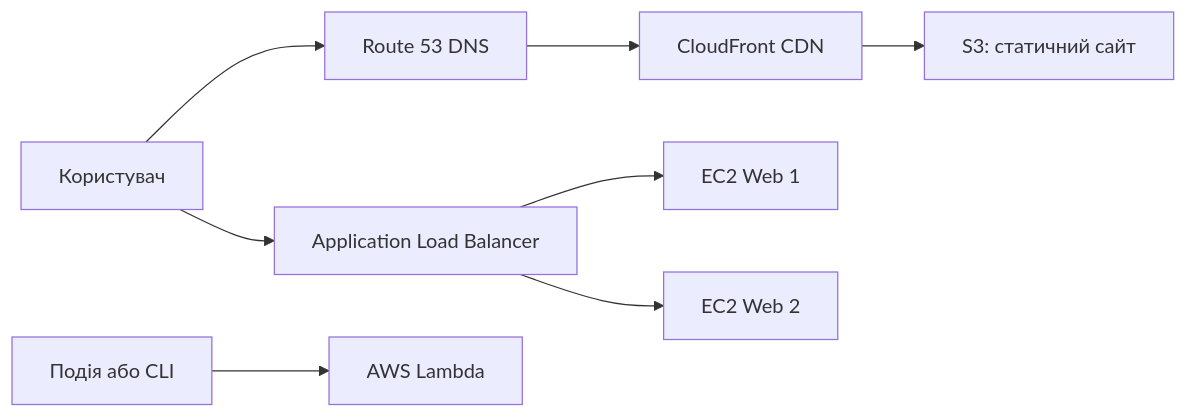
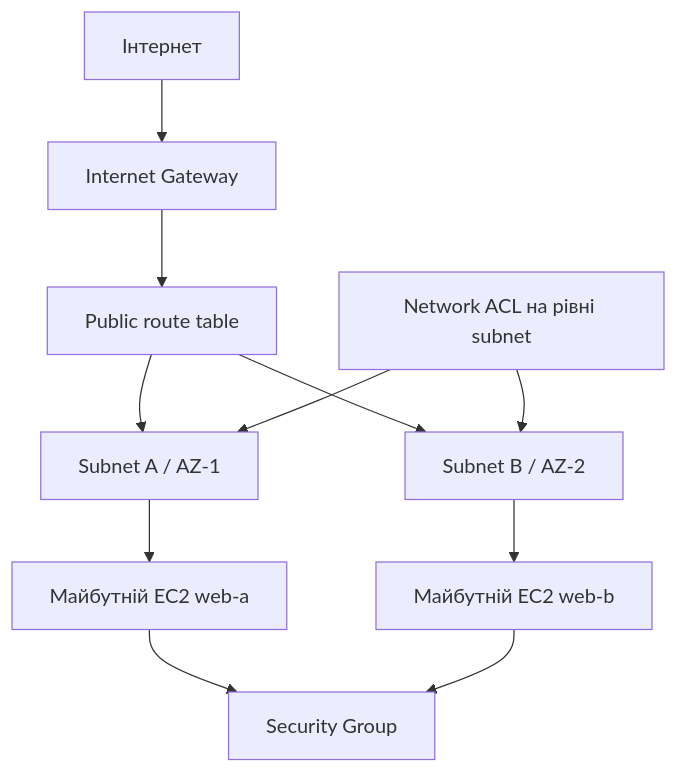
Before and after one commit to rossogamata/tasp243: the diagram in Lesson1_3/README.md, drawn with Mermaid. The commit also changed other lines of this file and 6 other files, not shown here.

````diff
--- a/Lesson1_3/README.md
+++ b/Lesson1_3/README.md
@@ -60,10 +26,13 @@
 ```mermaid
-flowchart LR
-    User[Користувач] --> DNS[Route 53 DNS]
-    DNS --> CDN[CloudFront CDN]
-    CDN --> S3[S3: статичний сайт]
-    User --> ALB[Application Load Balancer]
-    ALB --> EC1[EC2 Web 1]
-    ALB --> EC2[EC2 Web 2]
-    Event[Подія або CLI] --> Lambda[AWS Lambda]
+flowchart TB
+    Internet[Інтернет] --> IGW[Internet Gateway]
+    IGW --> Routes[Public route table]
+    Routes --> SubnetA[Subnet A / AZ-1]
+    Routes --> SubnetB[Subnet B / AZ-2]
+    SubnetA --> WebA[Майбутній EC2 web-a]
+    SubnetB --> WebB[Майбутній EC2 web-b]
+    WebA --> SG[Security Group]
+    WebB --> SG
+    NACL[Network ACL на рівні subnet] --> SubnetA
+    NACL --> SubnetB
 ```
````
